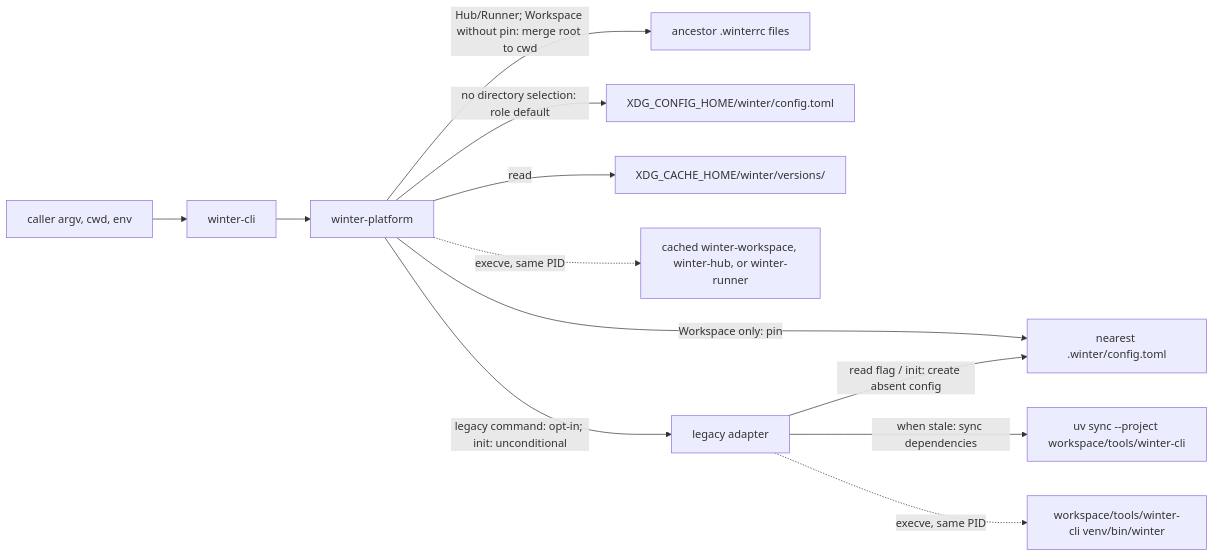
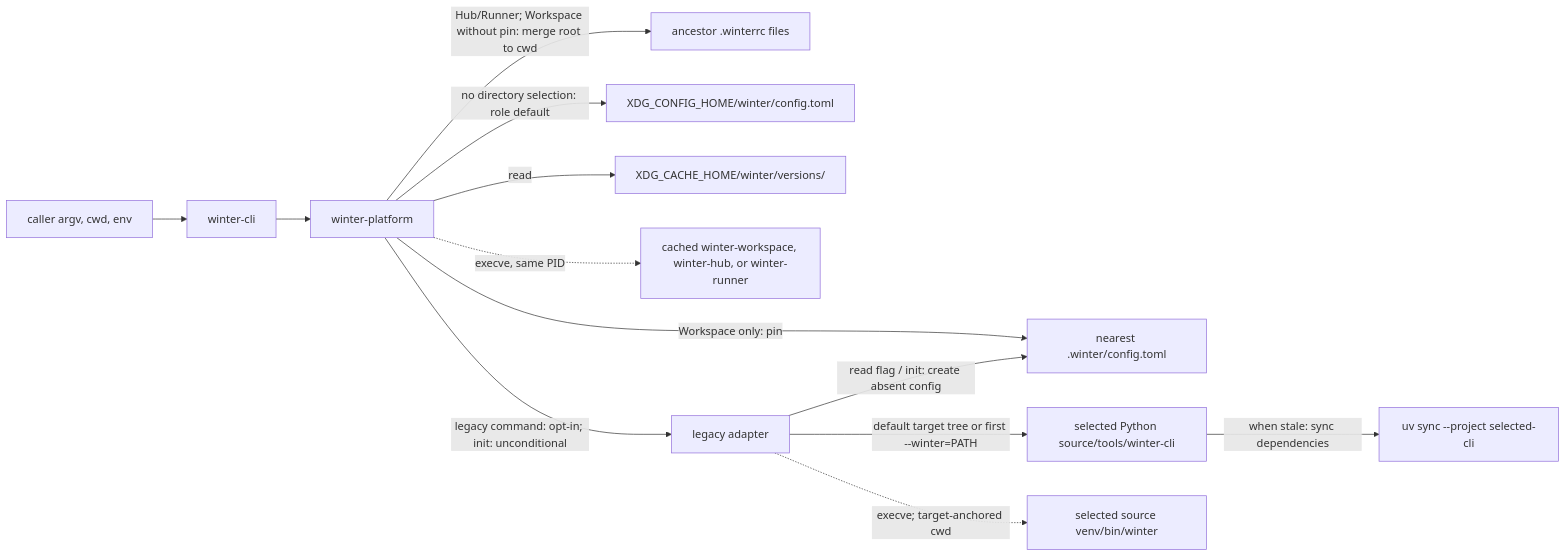
One commit to c5xlabs/winter-planning changed the diagram in projects/platform/work/launcher-shim/spec.md. Above: the diagram before and after it, drawn with Mermaid. The commit also changed other lines of this file and 9 other files, not shown here.

First line of the commit message:
docs(platform/launcher-shim): retain legacy Python source overrides

````diff
--- a/projects/platform/work/launcher-shim/spec.md
+++ b/projects/platform/work/launcher-shim/spec.md
@@ -5,14 +5,15 @@
 ```mermaid
 flowchart LR
     caller["caller argv, cwd, env"] --> cli["winter-cli"]
     cli --> platform["winter-platform"]
     platform -->|"Hub/Runner; Workspace without pin: merge root to cwd"| rc["ancestor .winterrc files"]
     platform -->|"Workspace only: pin"| workspace["nearest .winter/config.toml"]
     platform -->|"no directory selection: role default"| user["XDG_CONFIG_HOME/winter/config.toml"]
     platform -->|"read"| cache["XDG_CACHE_HOME/winter/versions/"]
     platform -.->|"execve, same PID"| component["cached winter-workspace, winter-hub, or winter-runner"]
     platform -->|"legacy command: opt-in; init: unconditional"| legacy["legacy adapter"]
     legacy -->|"read flag / init: create absent config"| workspace
-    legacy -->|"when stale: sync dependencies"| uv["uv sync --project workspace/tools/winter-cli"]
-    legacy -.->|"execve, same PID"| python["workspace/tools/winter-cli venv/bin/winter"]
+    legacy -->|"default target tree or first --winter=PATH"| source["selected Python source/tools/winter-cli"]
+    source -->|"when stale: sync dependencies"| uv["uv sync --project selected-cli"]
+    legacy -.->|"execve; target-anchored cwd"| python["selected source venv/bin/winter"]
 ```
````
